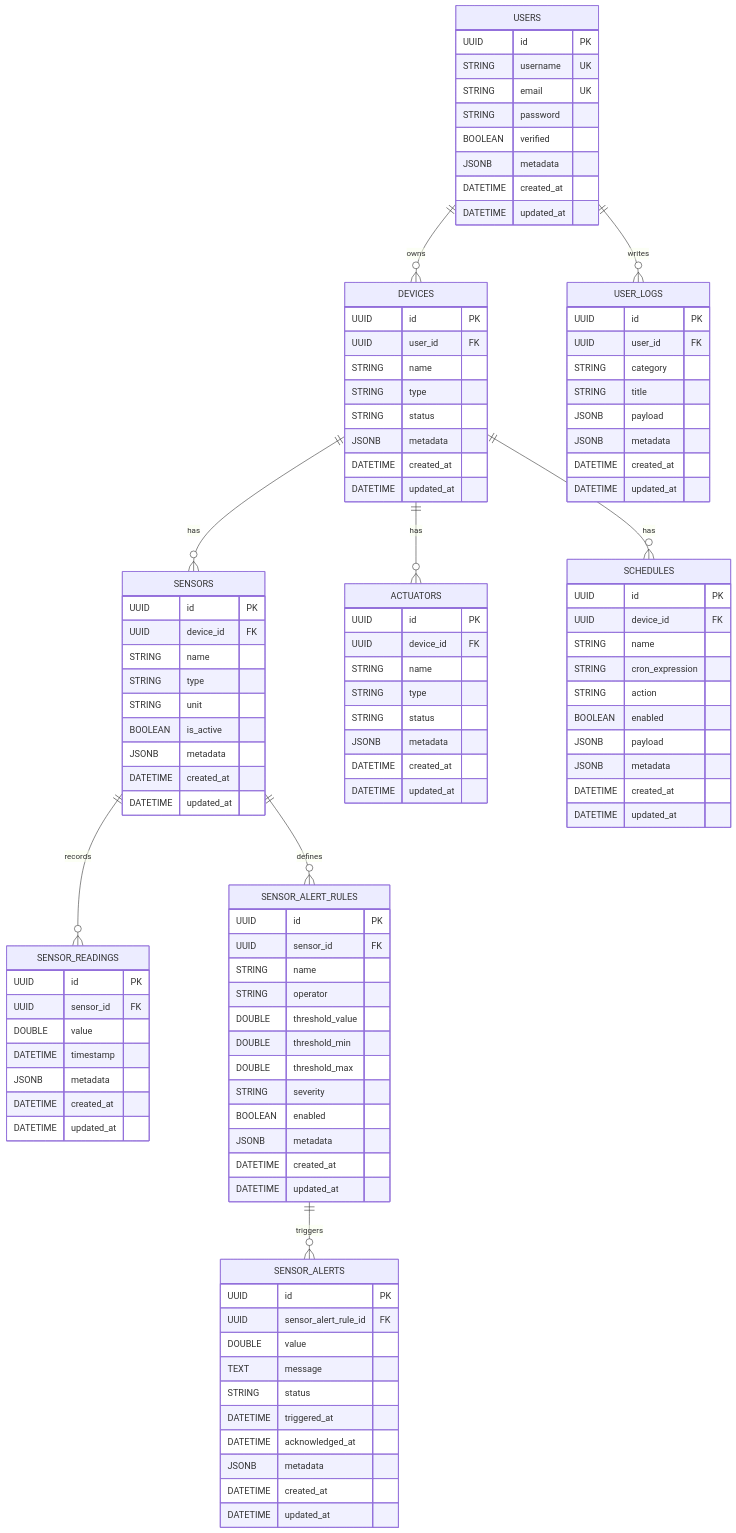
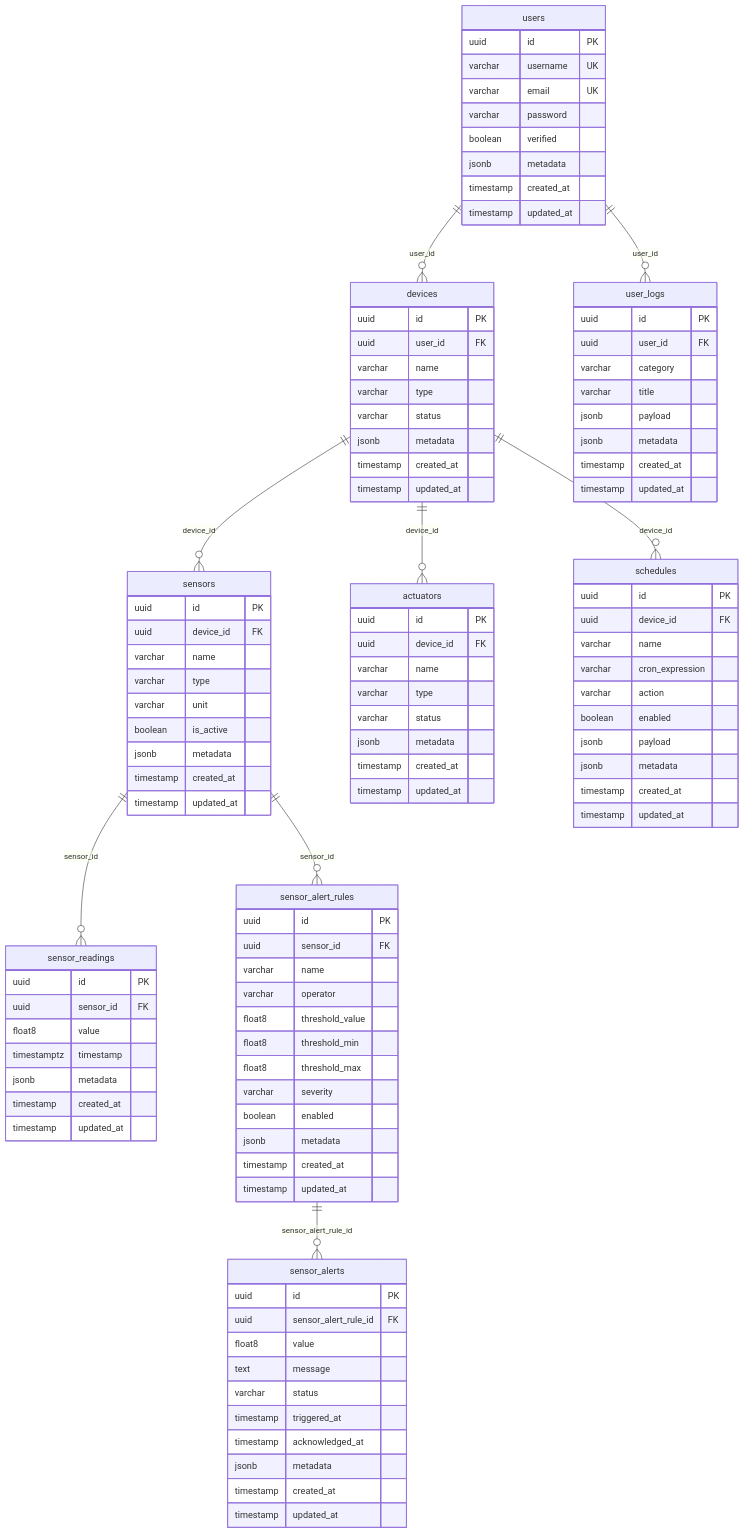
Before and after one commit to TigranYavroyan/GreenHouse_Application: the diagram in docs/ERD_DATABASE.md, drawn with Mermaid. The commit also changed other lines of this file and 12 other files, not shown here.

````diff
--- a/docs/ERD_DATABASE.md
+++ b/docs/ERD_DATABASE.md
@@ -26,118 +30,118 @@
 ```mermaid
 erDiagram
-    USERS {
-        UUID id PK
-        STRING username UK
-        STRING email UK
-        STRING password
-        BOOLEAN verified
-        JSONB metadata
-        DATETIME created_at
-        DATETIME updated_at
+    users {
+        uuid id PK
+        varchar username UK
+        varchar email UK
+        varchar password
+        boolean verified
+        jsonb metadata
+        timestamp created_at
+        timestamp updated_at
     }
 
-    DEVICES {
-        UUID id PK
-        UUID user_id FK
-        STRING name
-        STRING type
-        STRING status
-        JSONB metadata
-        DATETIME created_at
-        DATETIME updated_at
+    devices {
+        uuid id PK
+        uuid user_id FK
+        varchar name
+        varchar type
+        varchar status
+        jsonb metadata
+        timestamp created_at
+        timestamp updated_at
     }
 
-    SENSORS {
-        UUID id PK
-        UUID device_id FK
-        STRING name
-        STRING type
-        STRING unit
-        BOOLEAN is_active
-        JSONB metadata
-        DATETIME created_at
-        DATETIME updated_at
+    sensors {
+        uuid id PK
+        uuid device_id FK
+        varchar name
+        varchar type
+        varchar unit
+        boolean is_active
+        jsonb metadata
+        timestamp created_at
+        timestamp updated_at
     }
 
-    SENSOR_READINGS {
-        UUID id PK
-        UUID sensor_id FK
-        DOUBLE value
-        DATETIME timestamp
-        JSONB metadata
-        DATETIME created_at
-        DATETIME updated_at
+    sensor_readings {
+        uuid id PK
+        uuid sensor_id FK
+        float8 value
+        timestamptz timestamp
+        jsonb metadata
+        timestamp created_at
+        timestamp updated_at
     }
 
-    ACTUATORS {
-        UUID id PK
-        UUID device_id FK
-        STRING name
-        STRING type
-        STRING status
-        JSONB metadata
-        DATETIME created_at
-        DATETIME updated_at
+    actuators {
+        uuid id PK
+        uuid device_id FK
+        varchar name
+        varchar type
+        varchar status
+        jsonb metadata
+        timestamp created_at
+        timestamp updated_at
     }
 
-    SCHEDULES {
-        UUID id PK
-        UUID device_id FK
-        STRING name
-        STRING cron_expression
-        STRING action
-        BOOLEAN enabled
-        JSONB payload
-        JSONB metadata
-        DATETIME created_at
-        DATETIME updated_at
+    schedules {
+        uuid id PK
+        uuid device_id FK
+        varchar name
+        varchar cron_expression
+        varchar action
+        boolean enabled
+        jsonb payload
+        jsonb metadata
+        timestamp created_at
+        timestamp updated_at
     }
 
-    SENSOR_ALERT_RULES {
-        UUID id PK
-        UUID sensor_id FK
-        STRING name
-        STRING operator
-        DOUBLE threshold_value
-        DOUBLE threshold_min
-        DOUBLE threshold_max
-        STRING severity
-        BOOLEAN enabled
-        JSONB metadata
-        DATETIME created_at
-        DATETIME updated_at
+    sensor_alert_rules {
+        uuid id PK
+        uuid sensor_id FK
+        varchar name
+        varchar operator
+        float8 threshold_value
+        float8 threshold_min
+        float8 threshold_max
+        varchar severity
+        boolean enabled
+        jsonb metadata
+        timestamp created_at
+        timestamp updated_at
     }
 
-    SENSOR_ALERTS {
-        UUID id PK
-        UUID sensor_alert_rule_id FK
-        DOUBLE value
-        TEXT message
-        STRING status
-        DATETIME triggered_at
-        DATETIME acknowledged_at
-        JSONB metadata
-        DATETIME created_at
-        DATETIME updated_at
+    sensor_alerts {
+        uuid id PK
+        uuid sensor_alert_rule_id FK
+        float8 value
+        text message
+        varchar status
+        timestamp triggered_at
+        timestamp acknowledged_at
+        jsonb metadata
+        timestamp created_at
+        timestamp updated_at
     }
 
-    USER_LOGS {
-        UUID id PK
-        UUID user_id FK
-        STRING category
-        STRING title
-        JSONB payload
-        JSONB metadata
-        DATETIME created_at
-        DATETIME updated_at
+    user_logs {
+        uuid id PK
+        uuid user_id FK
+        varchar category
+        varchar title
+        jsonb payload
+        jsonb metadata
+        timestamp created_at
+        timestamp updated_at
     }
 
-    USERS ||--o{ DEVICES : owns
-    USERS ||--o{ USER_LOGS : writes
-    DEVICES ||--o{ SENSORS : has
-    DEVICES ||--o{ ACTUATORS : has
-    DEVICES ||--o{ SCHEDULES : has
-    SENSORS ||--o{ SENSOR_READINGS : records
-    SENSORS ||--o{ SENSOR_ALERT_RULES : defines
-    SENSOR_ALERT_RULES ||--o{ SENSOR_ALERTS : triggers
+    users ||--o{ devices : "user_id"
+    users ||--o{ user_logs : "user_id"
+    devices ||--o{ sensors : "device_id"
+    devices ||--o{ actuators : "device_id"
+    devices ||--o{ schedules : "device_id"
+    sensors ||--o{ sensor_readings : "sensor_id"
+    sensors ||--o{ sensor_alert_rules : "sensor_id"
+    sensor_alert_rules ||--o{ sensor_alerts : "sensor_alert_rule_id"
 ```
````
